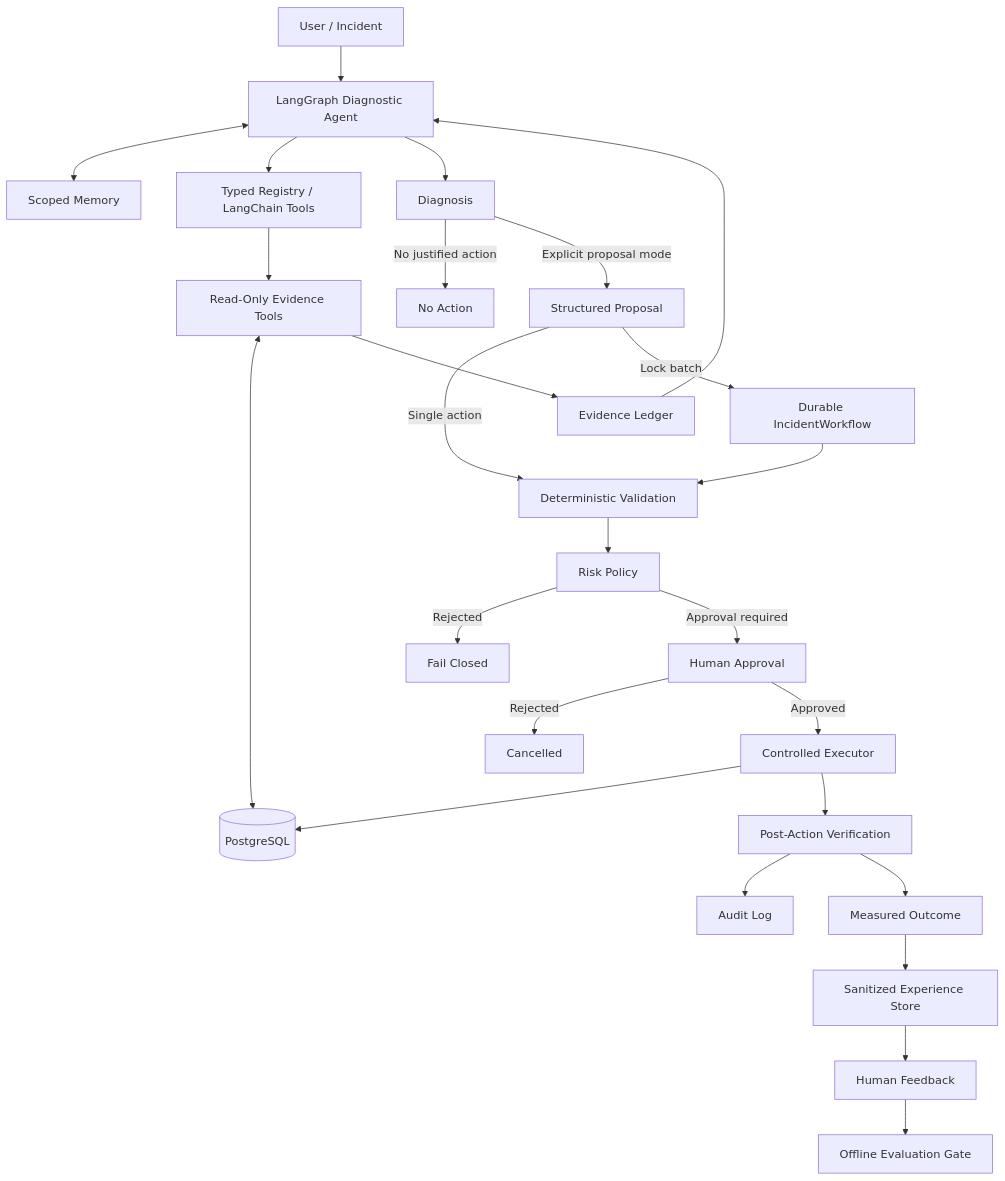
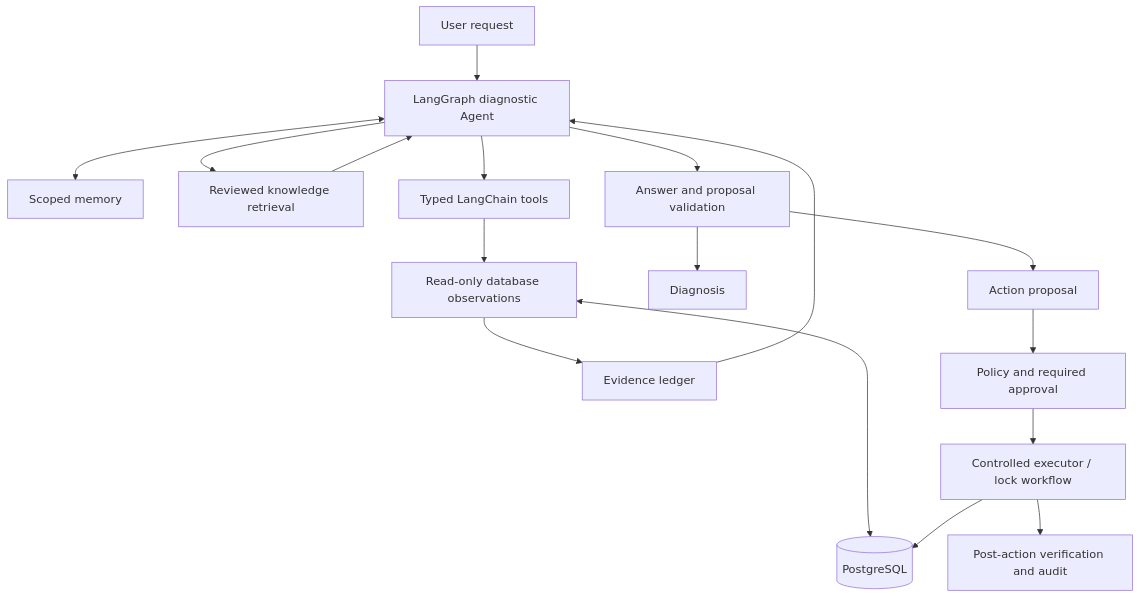
Before and after one commit to IsIllusion/SafeDBA: the diagram in README.md, drawn with Mermaid. The commit also changed other lines of this file and 39 other files, not shown here.

First line of the commit message:
feat: add controlled RAG and modular database observations

````diff
--- a/README.md
+++ b/README.md
@@ -86,33 +37,19 @@
 ```mermaid
 flowchart TD
-    U[User / Incident] --> A[LangGraph Diagnostic Agent]
-
-    A <--> M[Scoped Memory]
-    A --> TR[Typed Registry / LangChain Tools]
-    TR --> T[Read-Only Evidence Tools]
-    T <--> PG[(PostgreSQL)]
-    T --> E[Evidence Ledger]
+    U[User request] --> A[LangGraph diagnostic Agent]
+    A <--> M[Scoped memory]
+    A --> K[Reviewed knowledge retrieval]
+    K --> A
+    A --> T[Typed LangChain tools]
+    T --> O[Read-only database observations]
+    O <--> PG[(PostgreSQL)]
+    O --> E[Evidence ledger]
     E --> A
-
-    A --> D[Diagnosis]
-    D -->|No justified action| N[No Action]
-    D -->|Explicit proposal mode| P[Structured Proposal]
-
-    P -->|Single action| V[Deterministic Validation]
-    P -->|Lock batch| IW[Durable IncidentWorkflow]
-    IW --> V
-    V --> R[Risk Policy]
-    R -->|Rejected| B[Fail Closed]
-    R -->|Approval required| H[Human Approval]
-    H -->|Rejected| C[Cancelled]
-    H -->|Approved| X[Controlled Executor]
-
-    X --> PG
-    X --> Q[Post-Action Verification]
-    Q --> L[Audit Log]
-    Q --> O[Measured Outcome]
-
-    O --> ES[Sanitized Experience Store]
-    ES --> FB[Human Feedback]
-    FB --> EV[Offline Evaluation Gate]
+    A --> V[Answer and proposal validation]
+    V --> D[Diagnosis]
+    V --> P[Action proposal]
+    P --> C[Policy and required approval]
+    C --> W[Controlled executor / lock workflow]
+    W --> PG
+    W --> R[Post-action verification and audit]
 ```
````
